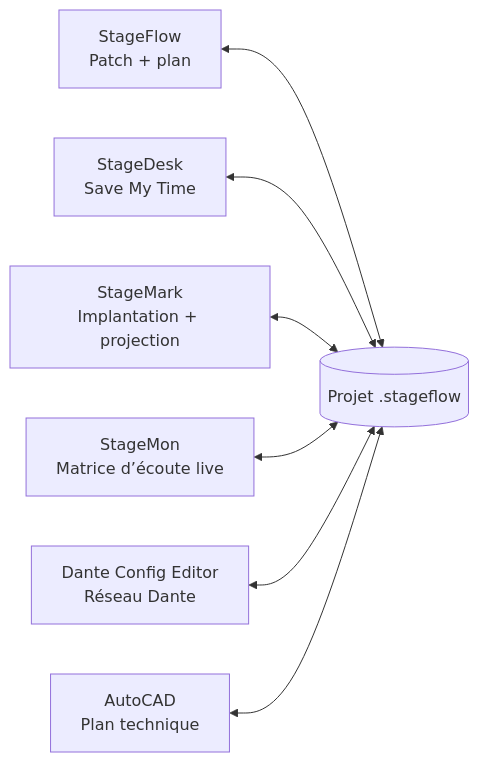
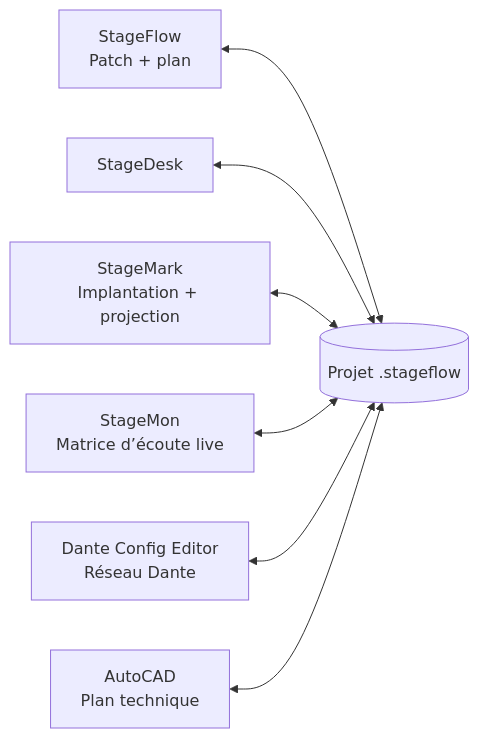
The diagram in README.md (Mamat79/StageMark), drawn with Mermaid before and after one commit. The commit also changed other lines of this file and 8 other files, not shown here.

```diff
--- a/README.md
+++ b/README.md
@@ -124,9 +136,9 @@
 ~~~mermaid
 flowchart LR
     SF["StageFlow<br/>Patch + plan"] <--> P[("Projet .stageflow")]
-    SMT["StageDesk<br/>Save My Time"] <--> P
+    SMT["StageDesk"] <--> P
     SM["StageMark<br/>Implantation + projection"] <--> P
     MON["StageMon<br/>Matrice d’écoute live"] <--> P
     DCE["Dante Config Editor<br/>Réseau Dante"] <--> P
     CAD["AutoCAD<br/>Plan technique"] <--> P
 ~~~
```
